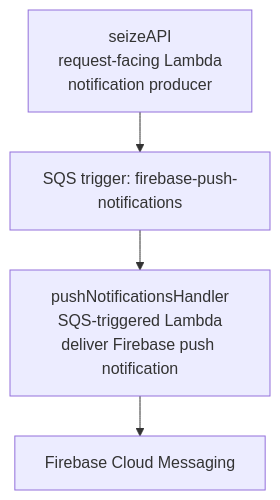
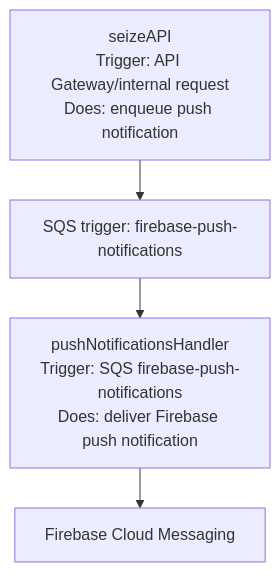
The ninth of 16 diagrams in docs/architecture.md (6529-Collections/6529seize-backend), drawn with Mermaid before and after one commit. The commit also changed other lines of this file, not shown here.

````diff
--- a/docs/architecture.md
+++ b/docs/architecture.md
@@ -164,7 +164,7 @@
 ```mermaid
 %%{init: {"flowchart": {"nodeSpacing": 24, "rankSpacing": 40, "curve": "basis"}} }%%
 flowchart TD
-  SeizeAPI["seizeAPI<br/>request-facing Lambda<br/>notification producer"] --> PushQueue["SQS trigger: firebase-push-notifications"]
-  PushQueue --> PushNotificationsHandler["pushNotificationsHandler<br/>SQS-triggered Lambda<br/>deliver Firebase push notification"]
+  SeizeAPI["seizeAPI<br/>Trigger: API Gateway/internal request<br/>Does: enqueue push notification"] --> PushQueue["SQS trigger: firebase-push-notifications"]
+  PushQueue --> PushNotificationsHandler["pushNotificationsHandler<br/>Trigger: SQS firebase-push-notifications<br/>Does: deliver Firebase push notification"]
   PushNotificationsHandler --> Firebase["Firebase Cloud Messaging"]
 ```
````
